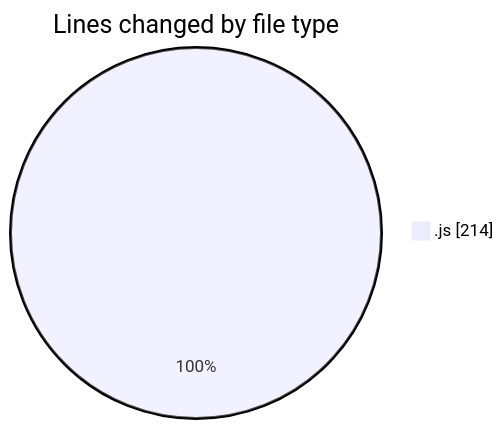
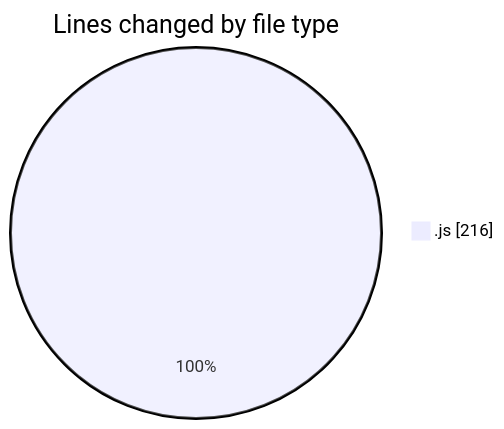
Before and after one commit to nxtqubesakshisongat/code-tracking: the first of 2 diagrams in 2026-04-27/calcapp/README.md, drawn with Mermaid. The commit also changed other lines of this file and 1 other file, not shown here.

````diff
--- a/2026-04-27/calcapp/README.md
+++ b/2026-04-27/calcapp/README.md
@@ -20,5 +20,5 @@
 ```mermaid
 pie showData
 title Lines changed by file type
-".js" : 214
+".js" : 216
 ```
````
